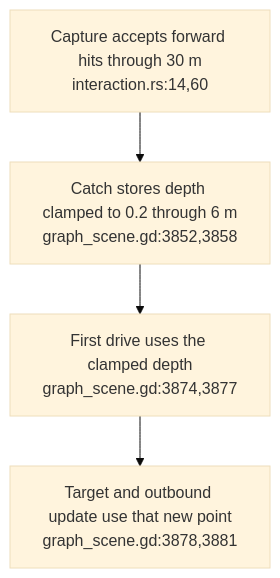
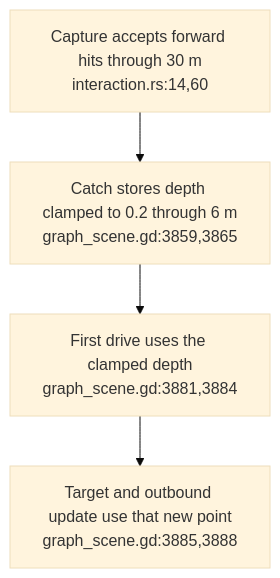
The fourth of 6 diagrams in docs/diagrams/visionclaw/53-xr-grab-lifetimes-and-input.md (DreamLab-AI/VisionFlow), drawn with Mermaid (base theme) before and after one commit. The commit also changed other lines of this file and 24 other files, not shown here.

Commit message:
docs: align XR liveness, filtering and rendering diagrams (#33)

````diff
--- a/docs/diagrams/visionclaw/53-xr-grab-lifetimes-and-input.md
+++ b/docs/diagrams/visionclaw/53-xr-grab-lifetimes-and-input.md
@@ -68,6 +69,6 @@
 ```mermaid
 flowchart TD
-    RAY["Capture accepts forward hits through 30 m<br/>interaction.rs:14,60"] --> START["Catch stores depth clamped to 0.2 through 6 m<br/>graph_scene.gd:3852,3858"]
-    START --> DRIVE["First drive uses the clamped depth<br/>graph_scene.gd:3874,3877"]
-    DRIVE --> TARGET["Target and outbound update use that new point<br/>graph_scene.gd:3878,3881"]
+    RAY["Capture accepts forward hits through 30 m<br/>interaction.rs:14,60"] --> START["Catch stores depth clamped to 0.2 through 6 m<br/>graph_scene.gd:3859,3865"]
+    START --> DRIVE["First drive uses the clamped depth<br/>graph_scene.gd:3881,3884"]
+    DRIVE --> TARGET["Target and outbound update use that new point<br/>graph_scene.gd:3885,3888"]
 ```
````
